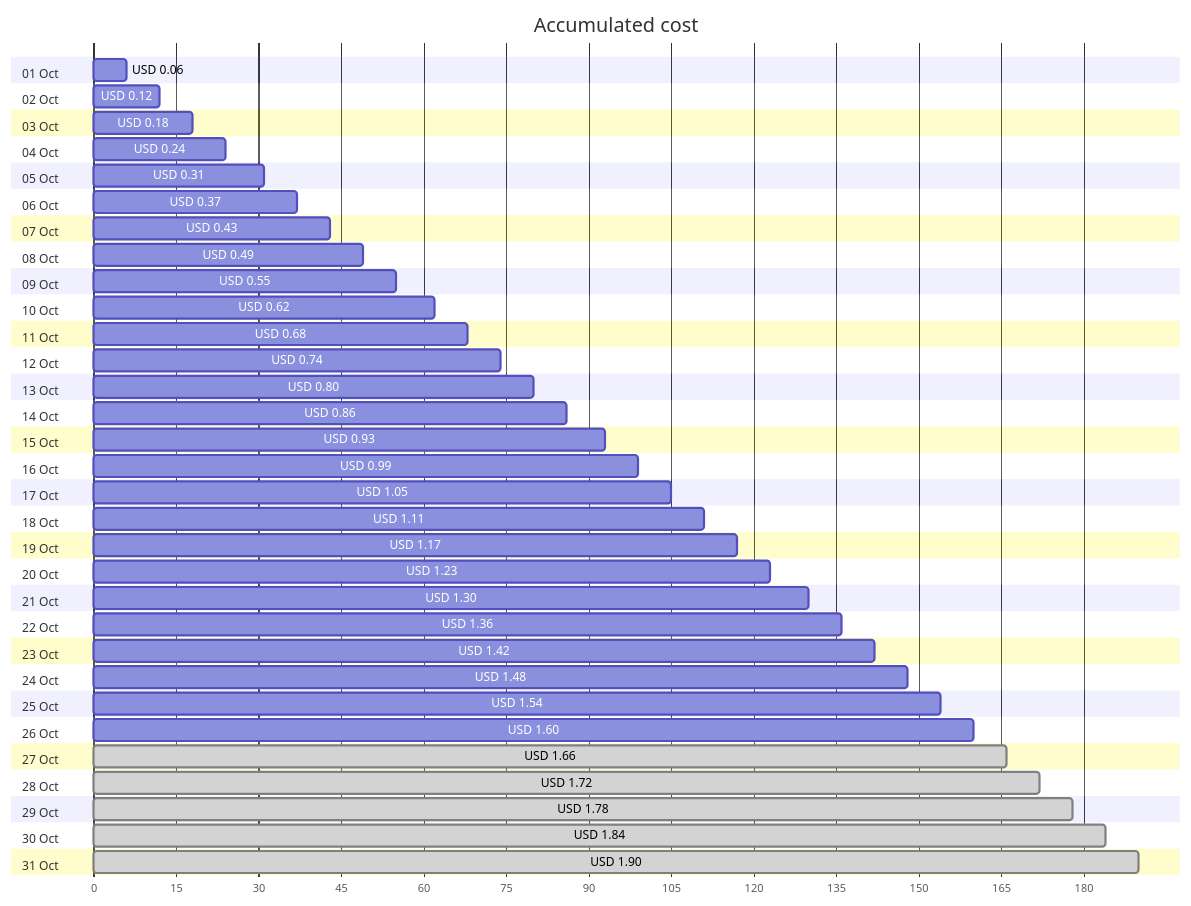
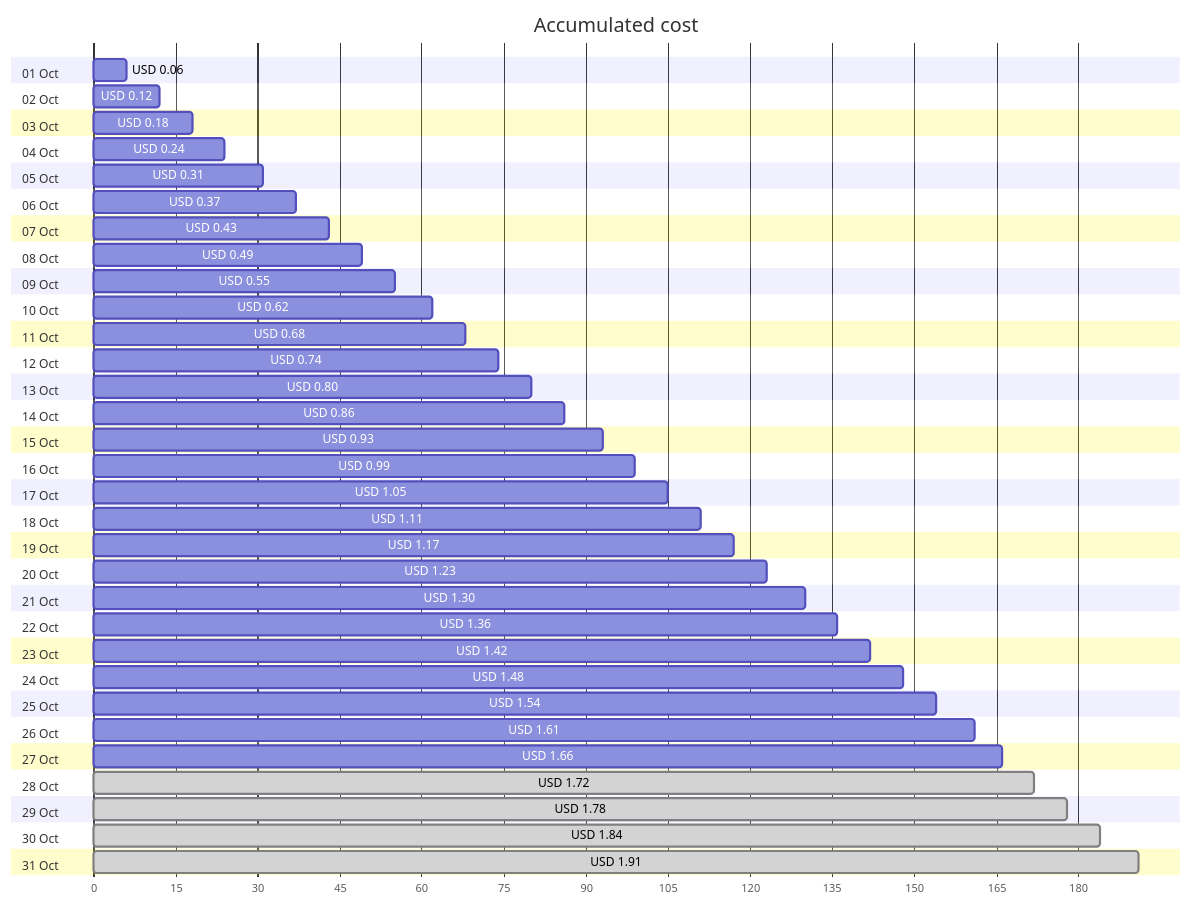
One commit to jpfulton/azure-personal-reports changed the first of 4 diagrams in cost-reports/personal-network/backup-server_OsDisk.md. Above: the diagram before and after it, drawn with Mermaid. The commit also changed other lines of this file and 8 other files, not shown here.

````diff
--- a/cost-reports/personal-network/backup-server_OsDisk.md
+++ b/cost-reports/personal-network/backup-server_OsDisk.md
@@ -20,68 +20,68 @@
 ```mermaid
 gantt
    title Accumulated cost
    dateFormat  X
    axisFormat %s
    section 01 Oct
    USD 0.06 :0, 6
    section 02 Oct
    USD 0.12 :0, 12
    section 03 Oct
    USD 0.18 :0, 18
    section 04 Oct
    USD 0.24 :0, 24
    section 05 Oct
    USD 0.31 :0, 31
    section 06 Oct
    USD 0.37 :0, 37
    section 07 Oct
    USD 0.43 :0, 43
    section 08 Oct
    USD 0.49 :0, 49
    section 09 Oct
    USD 0.55 :0, 55
    section 10 Oct
    USD 0.62 :0, 62
    section 11 Oct
    USD 0.68 :0, 68
    section 12 Oct
    USD 0.74 :0, 74
    section 13 Oct
    USD 0.80 :0, 80
    section 14 Oct
    USD 0.86 :0, 86
    section 15 Oct
    USD 0.93 :0, 93
    section 16 Oct
    USD 0.99 :0, 99
    section 17 Oct
    USD 1.05 :0, 105
    section 18 Oct
    USD 1.11 :0, 111
    section 19 Oct
    USD 1.17 :0, 117
    section 20 Oct
    USD 1.23 :0, 123
    section 21 Oct
    USD 1.30 :0, 130
    section 22 Oct
    USD 1.36 :0, 136
    section 23 Oct
    USD 1.42 :0, 142
    section 24 Oct
    USD 1.48 :0, 148
    section 25 Oct
    USD 1.54 :0, 154
    section 26 Oct
-   USD 1.60 :0, 160
+   USD 1.61 :0, 161
    section 27 Oct
-   USD 1.66 : done, 0, 166
+   USD 1.66 :0, 166
    section 28 Oct
    USD 1.72 : done, 0, 172
    section 29 Oct
    USD 1.78 : done, 0, 178
    section 30 Oct
    USD 1.84 : done, 0, 184
    section 31 Oct
-   USD 1.90 : done, 0, 190
+   USD 1.91 : done, 0, 191
 ```
````
